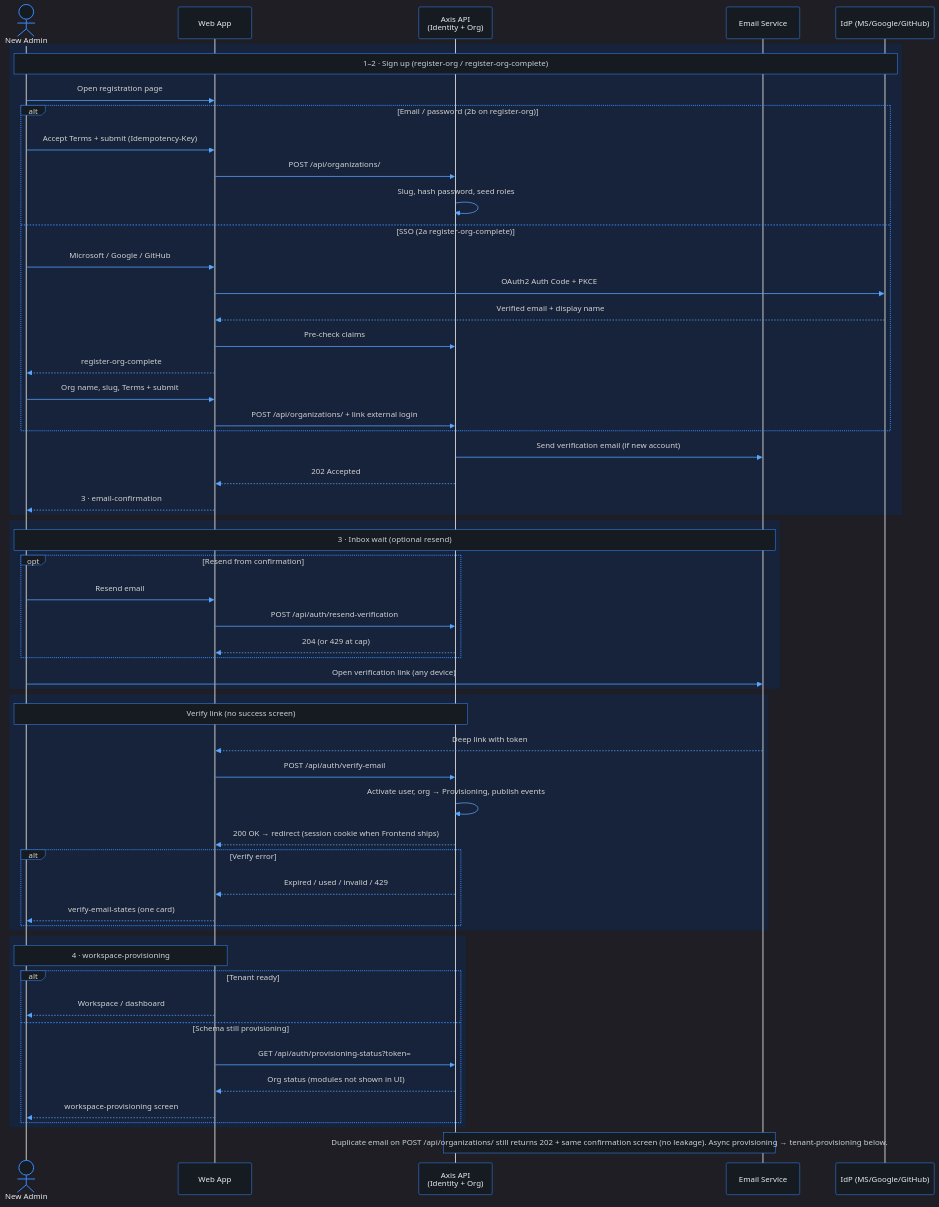
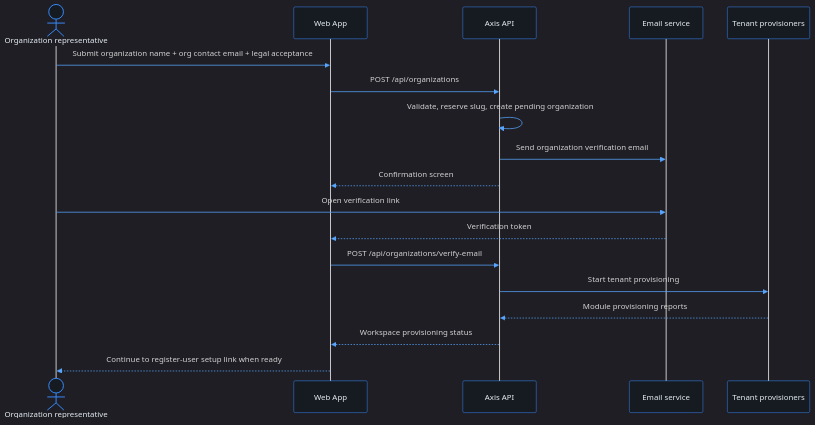
The second of 3 diagrams in docs/use-cases/platform-foundation/register-org/README.md (phuongnse/axis), drawn with Mermaid before and after one commit. The commit also changed other lines of this file and 16 other files, not shown here.

Commit message:
docs: split organization and user registration

````diff
--- a/docs/use-cases/platform-foundation/register-org/README.md
+++ b/docs/use-cases/platform-foundation/register-org/README.md
@@ -222,66 +151,22 @@
 ```mermaid
 %%{init: {'theme':'dark','themeVariables':{'background':'#0d1117','mainBkg':'#0d1117','primaryColor':'#161b22','primaryBorderColor':'#388bfd','primaryTextColor':'#e6edf3','secondaryColor':'#21262d','secondaryBorderColor':'#388bfd','secondaryTextColor':'#e6edf3','tertiaryColor':'#161b22','tertiaryTextColor':'#e6edf3','lineColor':'#58a6ff','textColor':'#e6edf3','nodeBorder':'#388bfd','clusterBkg':'#161b22','clusterBorder':'#388bfd','titleColor':'#e6edf3','edgeLabelBackground':'#161b22','actorBkg':'#161b22','actorBorder':'#388bfd','actorTextColor':'#e6edf3','signalColor':'#58a6ff','labelBoxBkgColor':'#161b22','labelBoxBorderColor':'#388bfd','noteBkgColor':'#161b22','noteBorderColor':'#388bfd','noteTextColor':'#c9d1d9','activationBkgColor':'#30363d'}}}%%
+sequenceDiagram
+  actor Rep as Organization representative
+  participant Web as Web App
+  participant API as Axis API
+  participant Email as Email service
+  participant Provisioning as Tenant provisioners
 
-sequenceDiagram
-  actor Admin as New Admin
-  participant Web as Web App
-  participant API as Axis API<br/>(Identity + Org)
-  participant Email as Email Service
-  participant IdP as IdP (MS/Google/GitHub)
-
-  rect rgb(22, 35, 58)
-    Note over Admin,IdP: 1–2 · Sign up (register-org / register-org-complete)
-    Admin->>Web: Open registration page
-    alt Email / password (2b on register-org)
-      Admin->>Web: Accept Terms + submit (Idempotency-Key)
-      Web->>API: POST /api/organizations/
-      API->>API: Slug, hash password, seed roles
-    else SSO (2a register-org-complete)
-      Admin->>Web: Microsoft / Google / GitHub
-      Web->>IdP: OAuth2 Auth Code + PKCE
-      IdP-->>Web: Verified email + display name
-      Web->>API: Pre-check claims
-      Web-->>Admin: register-org-complete
-      Admin->>Web: Org name, slug, Terms + submit
-      Web->>API: POST /api/organizations/ + link external login
-    end
-    API->>Email: Send verification email (if new account)
-    API-->>Web: 202 Accepted
-    Web-->>Admin: 3 · email-confirmation
-  end
-
-  rect rgb(22, 35, 58)
-    Note over Admin,Email: 3 · Inbox wait (optional resend)
-    opt Resend from confirmation
-      Admin->>Web: Resend email
-      Web->>API: POST /api/auth/resend-verification
-      API-->>Web: 204 (or 429 at cap)
-    end
-    Admin->>Email: Open verification link (any device)
-  end
-
-  rect rgb(22, 35, 58)
-    Note over Admin,API: Verify link (no success screen)
-    Email-->>Web: Deep link with token
-    Web->>API: POST /api/auth/verify-email
-    API->>API: Activate user, org → Provisioning, publish events
-    API-->>Web: 200 OK → redirect (session cookie when Frontend ships)
-    alt Verify error
-      API-->>Web: Expired / used / invalid / 429
-      Web-->>Admin: verify-email-states (one card)
-    end
-  end
-
-  rect rgb(22, 35, 58)
-    Note over Admin,Web: 4 · workspace-provisioning
-    alt Tenant ready
-      Web-->>Admin: Workspace / dashboard
-    else Schema still provisioning
-      Web->>API: GET /api/auth/provisioning-status?token=
-      API-->>Web: Org status (modules not shown in UI)
-      Web-->>Admin: workspace-provisioning screen
-    end
-  end
-
-  Note over API,Email: Duplicate email on POST /api/organizations/ still returns 202 + same confirmation screen (no leakage). Async provisioning → tenant-provisioning below.
+  Rep->>Web: Submit organization name + org contact email + legal acceptance
+  Web->>API: POST /api/organizations
+  API->>API: Validate, reserve slug, create pending organization
+  API->>Email: Send organization verification email
+  API-->>Web: Confirmation screen
+  Rep->>Email: Open verification link
+  Email-->>Web: Verification token
+  Web->>API: POST /api/organizations/verify-email
+  API->>Provisioning: Start tenant provisioning
+  Provisioning-->>API: Module provisioning reports
+  API-->>Web: Workspace provisioning status
+  Web-->>Rep: Continue to register-user setup link when ready
 ```
````
